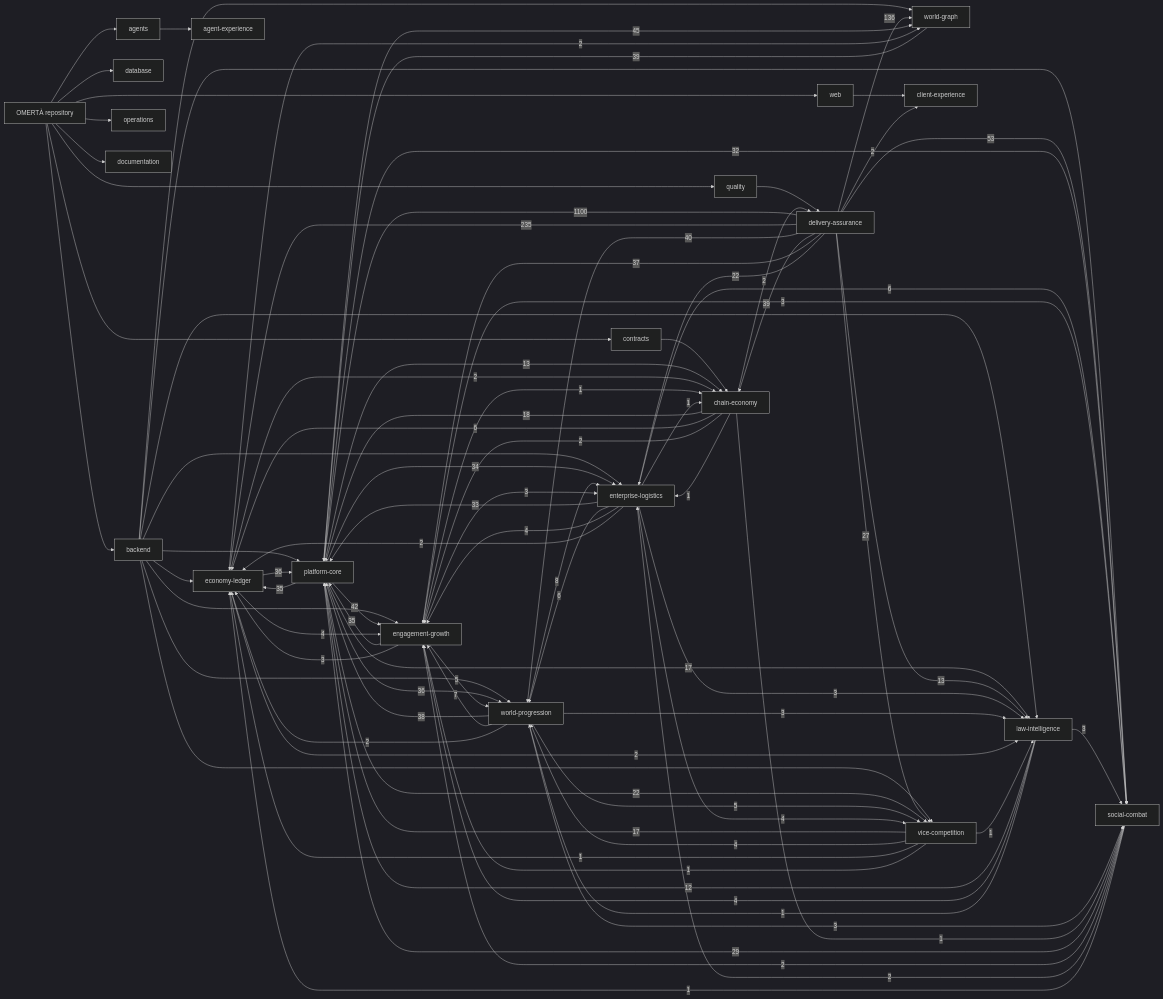
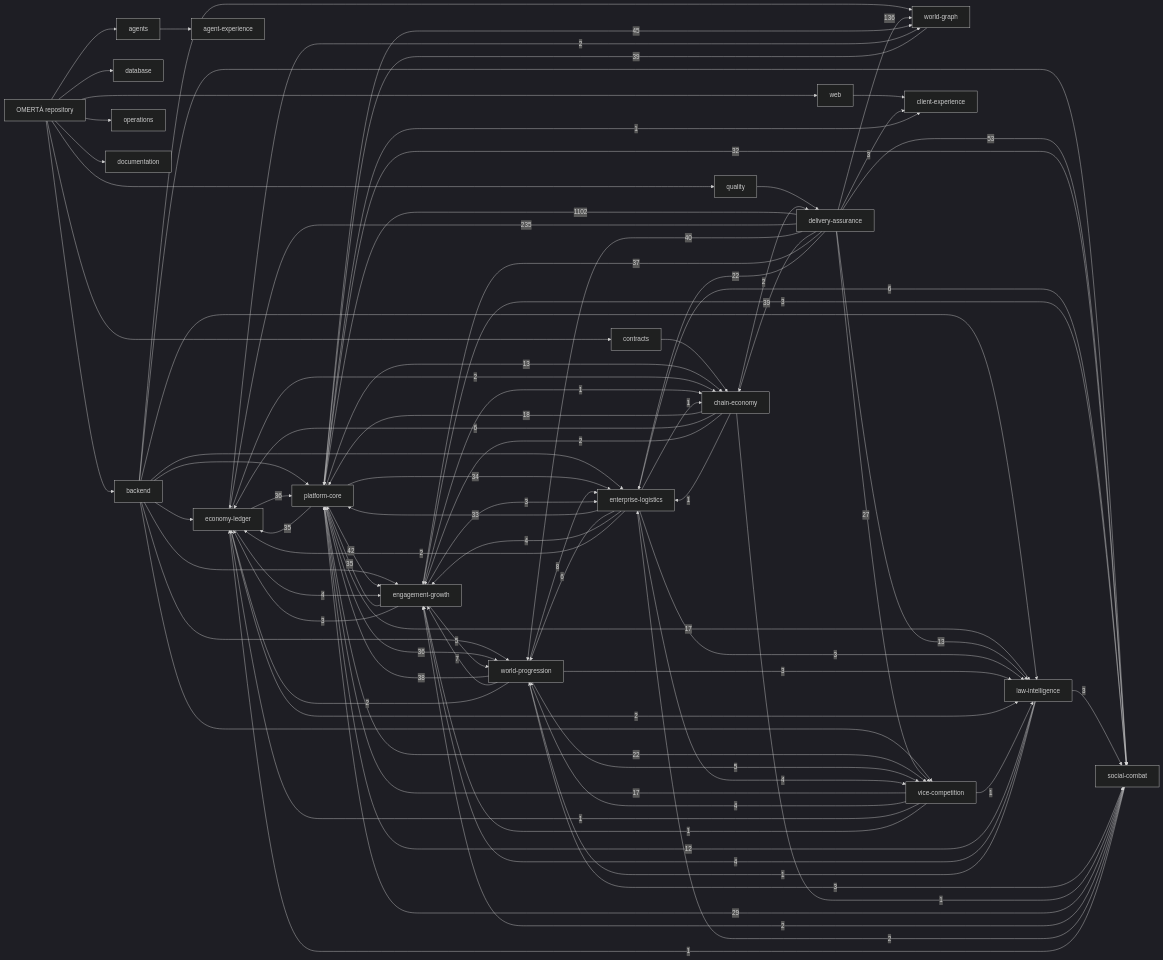
Before and after one commit to OmertaDev/Omerta: the diagram in knowledge/generated/graph.mmd, drawn with Mermaid (dark theme). The commit also changed 6 other files, not shown here.

```diff
--- a/knowledge/generated/graph.mmd
+++ b/knowledge/generated/graph.mmd
@@ -1,110 +1,111 @@
 flowchart LR
   repo["OMERTÀ repository"]
   sub_backend["backend"]
   repo --> sub_backend
   sub_database["database"]
   repo --> sub_database
   sub_web["web"]
   repo --> sub_web
   sub_contracts["contracts"]
   repo --> sub_contracts
   sub_agents["agents"]
   repo --> sub_agents
   sub_quality["quality"]
   repo --> sub_quality
   sub_operations["operations"]
   repo --> sub_operations
   sub_documentation["documentation"]
   repo --> sub_documentation
   dom_platform-core["platform-core"]
   dom_economy-ledger["economy-ledger"]
   dom_social-combat["social-combat"]
   dom_world-progression["world-progression"]
   dom_world-graph["world-graph"]
   dom_enterprise-logistics["enterprise-logistics"]
   dom_vice-competition["vice-competition"]
   dom_law-intelligence["law-intelligence"]
   dom_chain-economy["chain-economy"]
   dom_engagement-growth["engagement-growth"]
   dom_client-experience["client-experience"]
   dom_agent-experience["agent-experience"]
   dom_delivery-assurance["delivery-assurance"]
   sub_agents --> dom_agent-experience
   sub_backend --> dom_economy-ledger
   sub_backend --> dom_engagement-growth
   sub_backend --> dom_enterprise-logistics
   sub_backend --> dom_law-intelligence
   sub_backend --> dom_platform-core
   sub_backend --> dom_social-combat
   sub_backend --> dom_vice-competition
   sub_backend --> dom_world-graph
   sub_backend --> dom_world-progression
   sub_contracts --> dom_chain-economy
   sub_quality --> dom_delivery-assurance
   sub_web --> dom_client-experience
-  dom_delivery-assurance -->|1100| dom_platform-core
+  dom_delivery-assurance -->|1102| dom_platform-core
   dom_delivery-assurance -->|235| dom_economy-ledger
   dom_delivery-assurance -->|136| dom_world-graph
   dom_delivery-assurance -->|53| dom_social-combat
   dom_platform-core -->|45| dom_world-graph
   dom_platform-core -->|42| dom_engagement-growth
   dom_delivery-assurance -->|40| dom_world-progression
   dom_delivery-assurance -->|39| dom_chain-economy
   dom_world-graph -->|39| dom_platform-core
   dom_world-progression -->|38| dom_platform-core
   dom_delivery-assurance -->|37| dom_engagement-growth
   dom_economy-ledger -->|36| dom_platform-core
   dom_platform-core -->|36| dom_world-progression
   dom_engagement-growth -->|35| dom_platform-core
   dom_platform-core -->|35| dom_economy-ledger
   dom_platform-core -->|34| dom_enterprise-logistics
   dom_enterprise-logistics -->|33| dom_platform-core
   dom_platform-core -->|32| dom_social-combat
   dom_social-combat -->|29| dom_platform-core
   dom_delivery-assurance -->|27| dom_vice-competition
   dom_delivery-assurance -->|22| dom_enterprise-logistics
   dom_platform-core -->|22| dom_vice-competition
   dom_chain-economy -->|18| dom_platform-core
   dom_platform-core -->|17| dom_law-intelligence
   dom_vice-competition -->|17| dom_platform-core
   dom_delivery-assurance -->|13| dom_law-intelligence
   dom_platform-core -->|13| dom_chain-economy
   dom_law-intelligence -->|12| dom_platform-core
   dom_world-progression -->|8| dom_enterprise-logistics
   dom_world-progression -->|7| dom_engagement-growth
   dom_chain-economy -->|6| dom_economy-ledger
   dom_enterprise-logistics -->|6| dom_social-combat
   dom_enterprise-logistics -->|6| dom_world-progression
   dom_engagement-growth -->|5| dom_world-progression
   dom_world-progression -->|5| dom_vice-competition
   dom_economy-ledger -->|4| dom_engagement-growth
   dom_enterprise-logistics -->|4| dom_engagement-growth
   dom_enterprise-logistics -->|4| dom_vice-competition
   dom_law-intelligence -->|4| dom_engagement-growth
   dom_vice-competition -->|4| dom_world-progression
+  dom_delivery-assurance -->|3| dom_client-experience
   dom_engagement-growth -->|3| dom_economy-ledger
   dom_engagement-growth -->|3| dom_enterprise-logistics
   dom_engagement-growth -->|3| dom_social-combat
   dom_enterprise-logistics -->|3| dom_law-intelligence
   dom_law-intelligence -->|3| dom_social-combat
   dom_world-progression -->|3| dom_law-intelligence
   dom_world-progression -->|3| dom_social-combat
   dom_chain-economy -->|2| dom_delivery-assurance
   dom_chain-economy -->|2| dom_engagement-growth
-  dom_delivery-assurance -->|2| dom_client-experience
   dom_economy-ledger -->|2| dom_chain-economy
   dom_economy-ledger -->|2| dom_law-intelligence
   dom_economy-ledger -->|2| dom_world-graph
   dom_enterprise-logistics -->|2| dom_economy-ledger
   dom_social-combat -->|2| dom_engagement-growth
   dom_social-combat -->|2| dom_enterprise-logistics
   dom_world-progression -->|2| dom_economy-ledger
   dom_chain-economy -->|1| dom_enterprise-logistics
   dom_chain-economy -->|1| dom_social-combat
   dom_engagement-growth -->|1| dom_chain-economy
   dom_enterprise-logistics -->|1| dom_chain-economy
   dom_law-intelligence -->|1| dom_world-progression
+  dom_platform-core -->|1| dom_client-experience
   dom_social-combat -->|1| dom_economy-ledger
   dom_vice-competition -->|1| dom_economy-ledger
   dom_vice-competition -->|1| dom_engagement-growth
   dom_vice-competition -->|1| dom_law-intelligence
```
